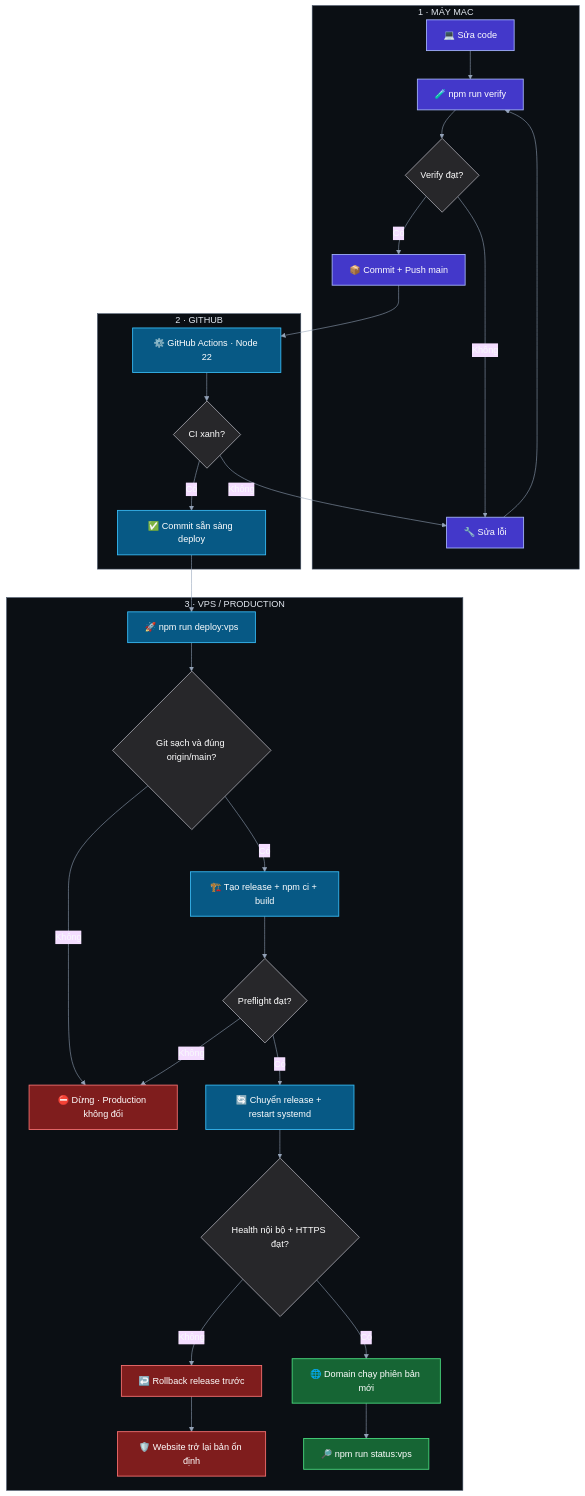
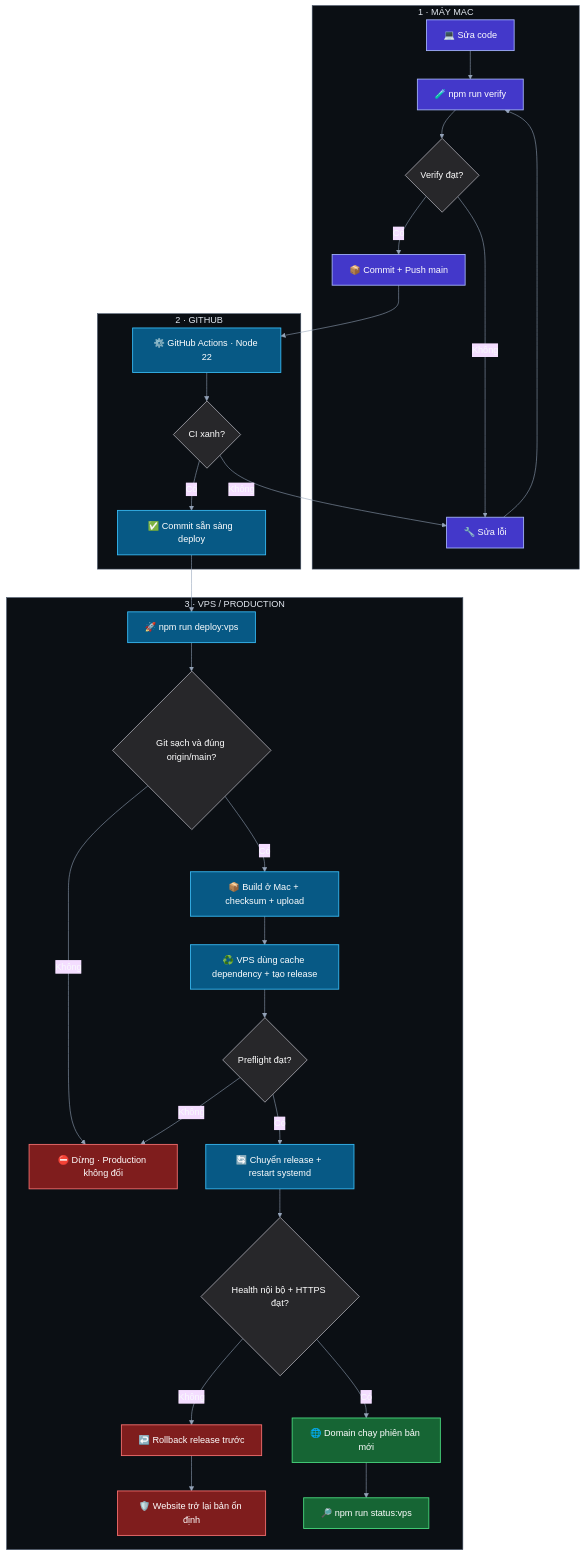
Before and after one commit to phamcongdanh98/Web-tool-ALL: the diagram in README.md, drawn with Mermaid. The commit also changed other lines of this file and 11 other files, not shown here.

Commit message:
Optimize VPS deploy with local builds and dependency caching

````diff
--- a/README.md
+++ b/README.md
@@ -105,47 +105,48 @@
 ```mermaid
 %%{init: {"theme":"base","themeVariables":{"background":"#0b0f14","fontFamily":"-apple-system, BlinkMacSystemFont, Segoe UI, sans-serif","lineColor":"#94a3b8","primaryTextColor":"#f8fafc"}}}%%
 flowchart TD
     subgraph LOCAL["1 · MÁY MAC"]
         A["💻 Sửa code"] --> B["🧪 npm run verify"]
         B --> C{"Verify đạt?"}
         C -- "Không" --> D["🔧 Sửa lỗi"]
         D --> B
         C -- "Có" --> E["📦 Commit + Push main"]
     end
 
     subgraph GITHUB["2 · GITHUB"]
         E --> F["⚙️ GitHub Actions · Node 22"]
         F --> G{"CI xanh?"}
         G -- "Không" --> D
         G -- "Có" --> H["✅ Commit sẵn sàng deploy"]
     end
 
     subgraph VPS["3 · VPS / PRODUCTION"]
         H --> I["🚀 npm run deploy:vps"]
         I --> J{"Git sạch và đúng origin/main?"}
         J -- "Không" --> K["⛔ Dừng · Production không đổi"]
-        J -- "Có" --> L["🏗️ Tạo release + npm ci + build"]
-        L --> M{"Preflight đạt?"}
+        J -- "Có" --> L["📦 Build ở Mac + checksum + upload"]
+        L --> T["♻️ VPS dùng cache dependency + tạo release"]
+        T --> M{"Preflight đạt?"}
         M -- "Không" --> K
         M -- "Có" --> N["🔄 Chuyển release + restart systemd"]
         N --> O{"Health nội bộ + HTTPS đạt?"}
         O -- "Không" --> P["↩️ Rollback release trước"]
         O -- "Có" --> Q["🌐 Domain chạy phiên bản mới"]
         P --> R["🛡️ Website trở lại bản ổn định"]
         Q --> S["🔎 npm run status:vps"]
     end
 
     classDef local fill:#4338ca,stroke:#a5b4fc,color:#ffffff,stroke-width:1.5px;
     classDef check fill:#27272a,stroke:#a1a1aa,color:#ffffff,stroke-width:1.5px;
     classDef cloud fill:#075985,stroke:#38bdf8,color:#ffffff,stroke-width:1.5px;
     classDef success fill:#166534,stroke:#4ade80,color:#ffffff,stroke-width:1.5px;
     classDef stop fill:#7f1d1d,stroke:#f87171,color:#ffffff,stroke-width:1.5px;
     class A,B,D,E local;
     class C,G,J,M,O check;
-    class F,H,I,L,N cloud;
+    class F,H,I,L,T,N cloud;
     class Q,S success;
     class K,P,R stop;
     style LOCAL fill:#0b0f14,stroke:#475569,color:#e2e8f0
     style GITHUB fill:#0b0f14,stroke:#475569,color:#e2e8f0
     style VPS fill:#0b0f14,stroke:#475569,color:#e2e8f0
 ```
````
